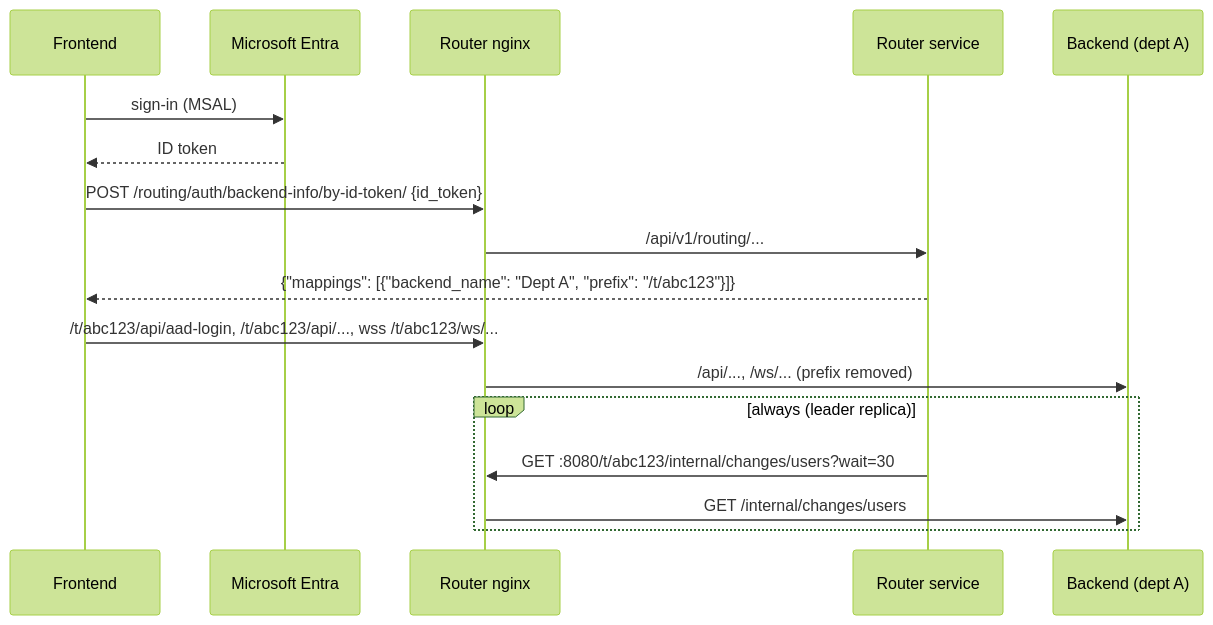
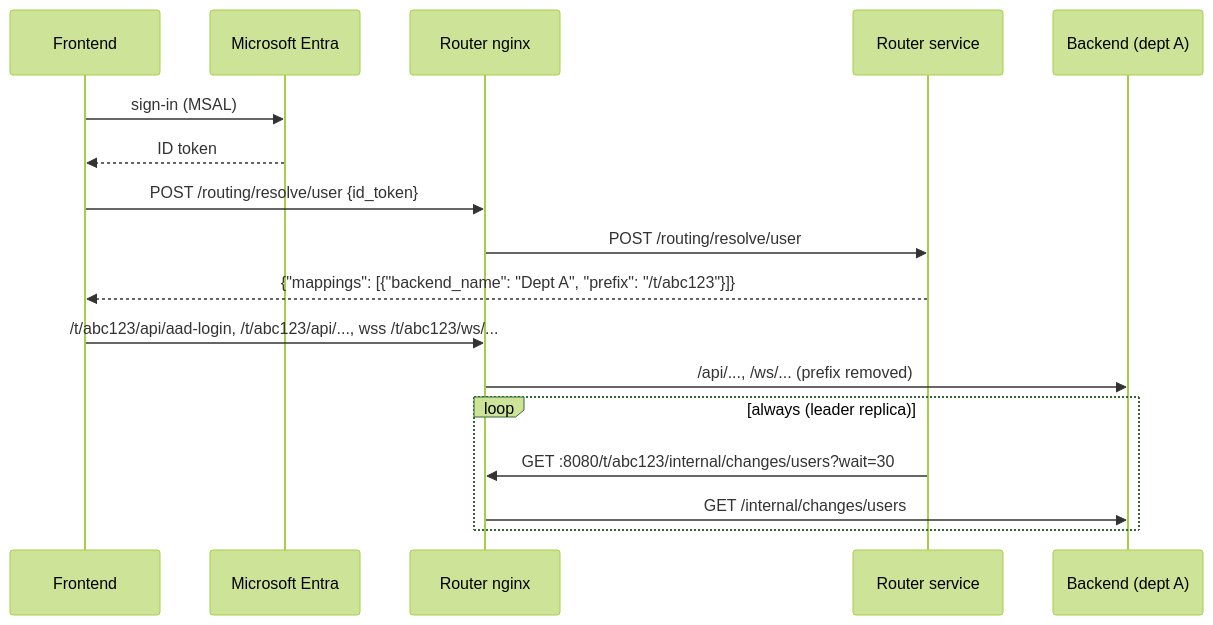
Before and after one commit to angustino88/router: the first of 2 diagrams in docs/DEPLOYMENT.md, drawn with Mermaid (forest theme). The commit also changed other lines of this file and 19 other files, not shown here.

````diff
--- a/docs/DEPLOYMENT.md
+++ b/docs/DEPLOYMENT.md
@@ -23,19 +23,19 @@
 ```mermaid
 sequenceDiagram
     participant FE as Frontend
     participant MS as Microsoft Entra
     participant NG as Router nginx
     participant RT as Router service
     participant BE as Backend (dept A)
     FE->>MS: sign-in (MSAL)
     MS-->>FE: ID token
-    FE->>NG: POST /routing/auth/backend-info/by-id-token/ {id_token}
-    NG->>RT: /api/v1/routing/...
+    FE->>NG: POST /routing/resolve/user {id_token}
+    NG->>RT: POST /routing/resolve/user
     RT-->>FE: {"mappings": [{"backend_name": "Dept A", "prefix": "/t/abc123"}]}
     FE->>NG: /t/abc123/api/aad-login, /t/abc123/api/..., wss /t/abc123/ws/...
     NG->>BE: /api/..., /ws/... (prefix removed)
     loop always (leader replica)
         RT->>NG: GET :8080/t/abc123/internal/changes/users?wait=30
         NG->>BE: GET /internal/changes/users
     end
 ```
````
